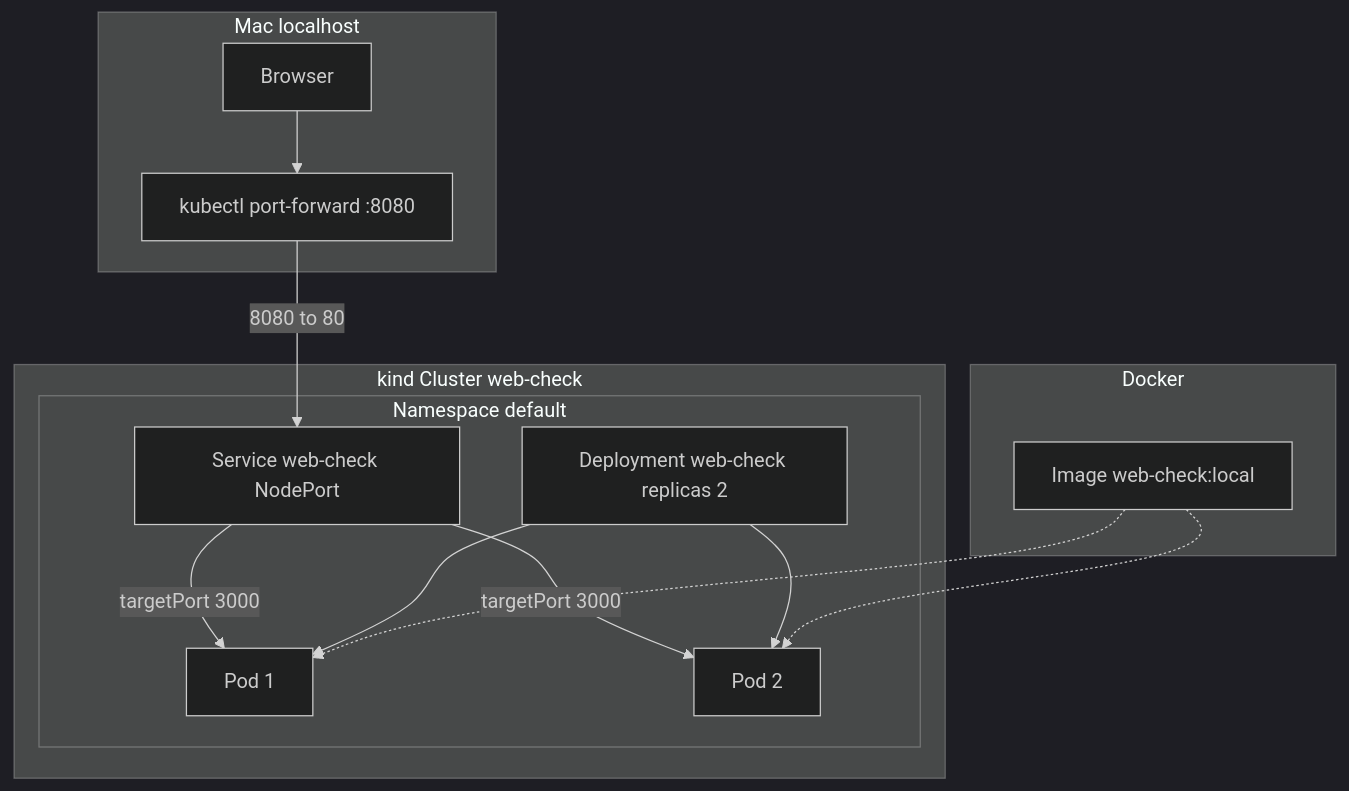
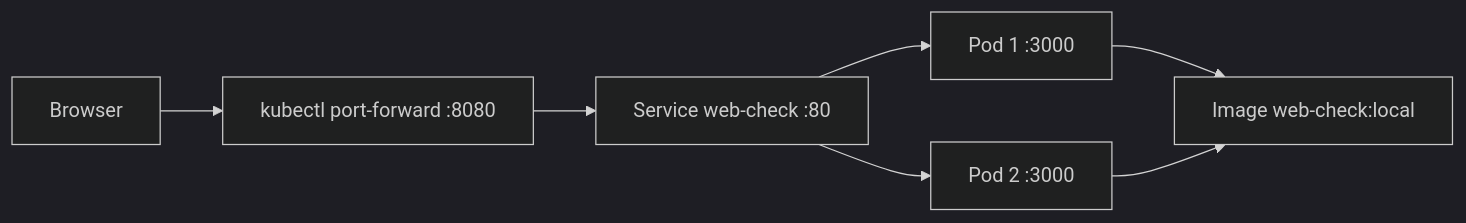
One commit to leteffe/web-check-k8s changed the diagram in KUBERNETES_ARCHITEKTUR.md. Above: the diagram before and after it, drawn with Mermaid (dark theme). The commit also changed other lines of this file and 18 other files, not shown here.

````diff
--- a/KUBERNETES_ARCHITEKTUR.md
+++ b/KUBERNETES_ARCHITEKTUR.md
@@ -171,29 +5,9 @@
 ```mermaid
-flowchart TB
-  subgraph host [Mac localhost]
-    pf[kubectl port-forward :8080]
-    browser[Browser]
-  end
-
-  subgraph kind [kind Cluster web-check]
-    subgraph default_ns [Namespace default]
-      dep2[Deployment web-check replicas 2]
-      podA[Pod 1]
-      podB[Pod 2]
-      svc2[Service web-check NodePort]
-    end
-  end
-
-  subgraph docker [Docker]
-    img2[Image web-check:local]
-  end
-
-  browser --> pf
-  pf -->|8080 to 80| svc2
-  svc2 -->|targetPort 3000| podA
-  svc2 -->|targetPort 3000| podB
-  dep2 --> podA
-  dep2 --> podB
-  img2 -.-> podA
-  img2 -.-> podB
+flowchart LR
+  browser["Browser"] --> forward["kubectl port-forward :8080"]
+  forward --> service["Service web-check :80"]
+  service --> pod1["Pod 1 :3000"]
+  service --> pod2["Pod 2 :3000"]
+  pod1 --> image["Image web-check:local"]
+  pod2 --> image
 ```
````
